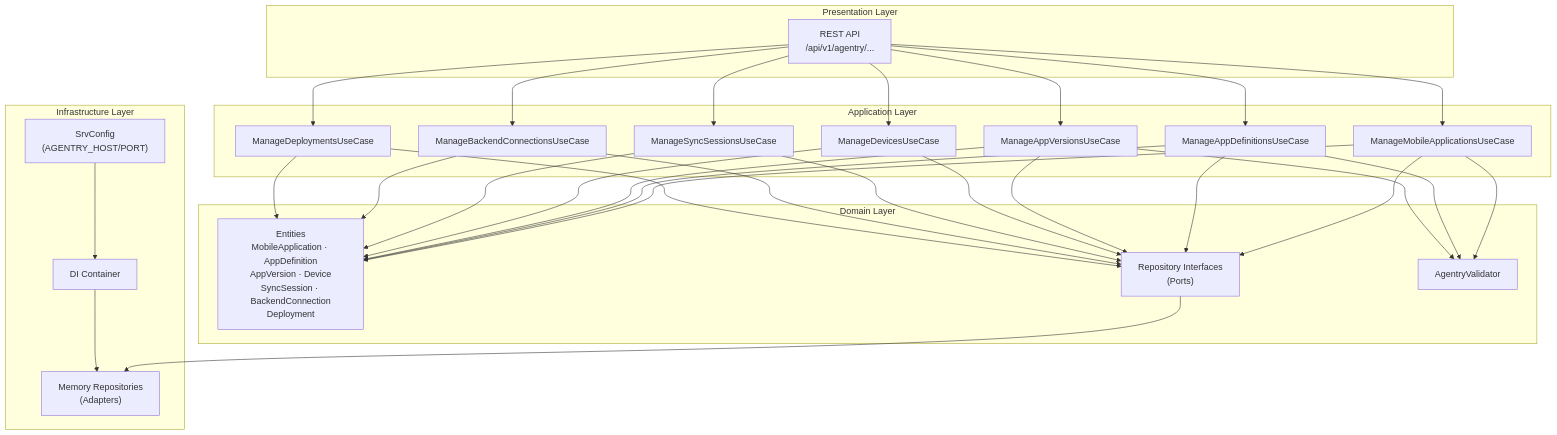
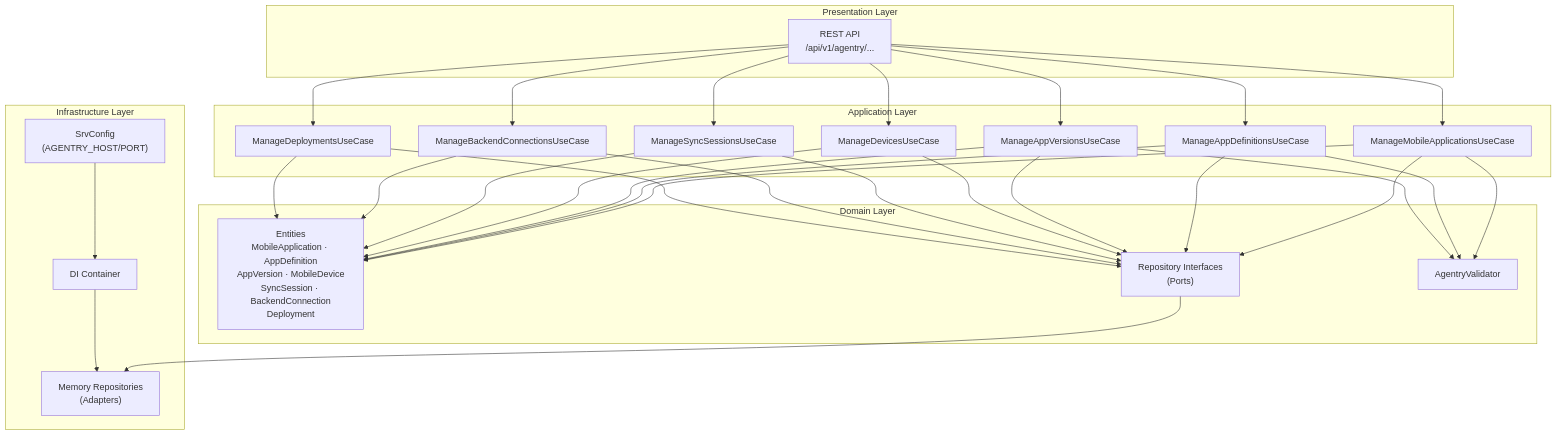
Before and after one commit to UIMSolutions/uim-platform: the second of 6 diagrams in agentry/UML.md, drawn with Mermaid. The commit also changed other lines of this file and 125 other files, not shown here.

````diff
--- a/agentry/UML.md
+++ b/agentry/UML.md
@@ -89,36 +89,36 @@
 ```mermaid
 flowchart TB
     subgraph Presentation["Presentation Layer"]
         REST["REST API\n/api/v1/agentry/..."]
     end
 
     subgraph Application["Application Layer"]
         UC1["ManageMobileApplicationsUseCase"]
         UC2["ManageAppDefinitionsUseCase"]
         UC3["ManageAppVersionsUseCase"]
         UC4["ManageDevicesUseCase"]
         UC5["ManageSyncSessionsUseCase"]
         UC6["ManageBackendConnectionsUseCase"]
         UC7["ManageDeploymentsUseCase"]
     end
 
     subgraph Domain["Domain Layer"]
-        Entities["Entities\nMobileApplication · AppDefinition\nAppVersion · Device\nSyncSession · BackendConnection\nDeployment"]
+        Entities["Entities\nMobileApplication · AppDefinition\nAppVersion · MobileDevice\nSyncSession · BackendConnection\nDeployment"]
         Ports["Repository Interfaces\n(Ports)"]
         Validator["AgentryValidator"]
     end
 
     subgraph Infrastructure["Infrastructure Layer"]
         Repos["Memory Repositories\n(Adapters)"]
         Config["SrvConfig\n(AGENTRY_HOST/PORT)"]
         Container["DI Container"]
     end
 
     REST --> UC1 & UC2 & UC3 & UC4 & UC5 & UC6 & UC7
     UC1 & UC2 & UC3 & UC4 & UC5 & UC6 & UC7 --> Entities
     UC1 & UC2 & UC3 & UC4 & UC5 & UC6 & UC7 --> Ports
     UC1 & UC2 & UC3 --> Validator
     Ports --> Repos
     Config --> Container
     Container --> Repos
 ```
````
